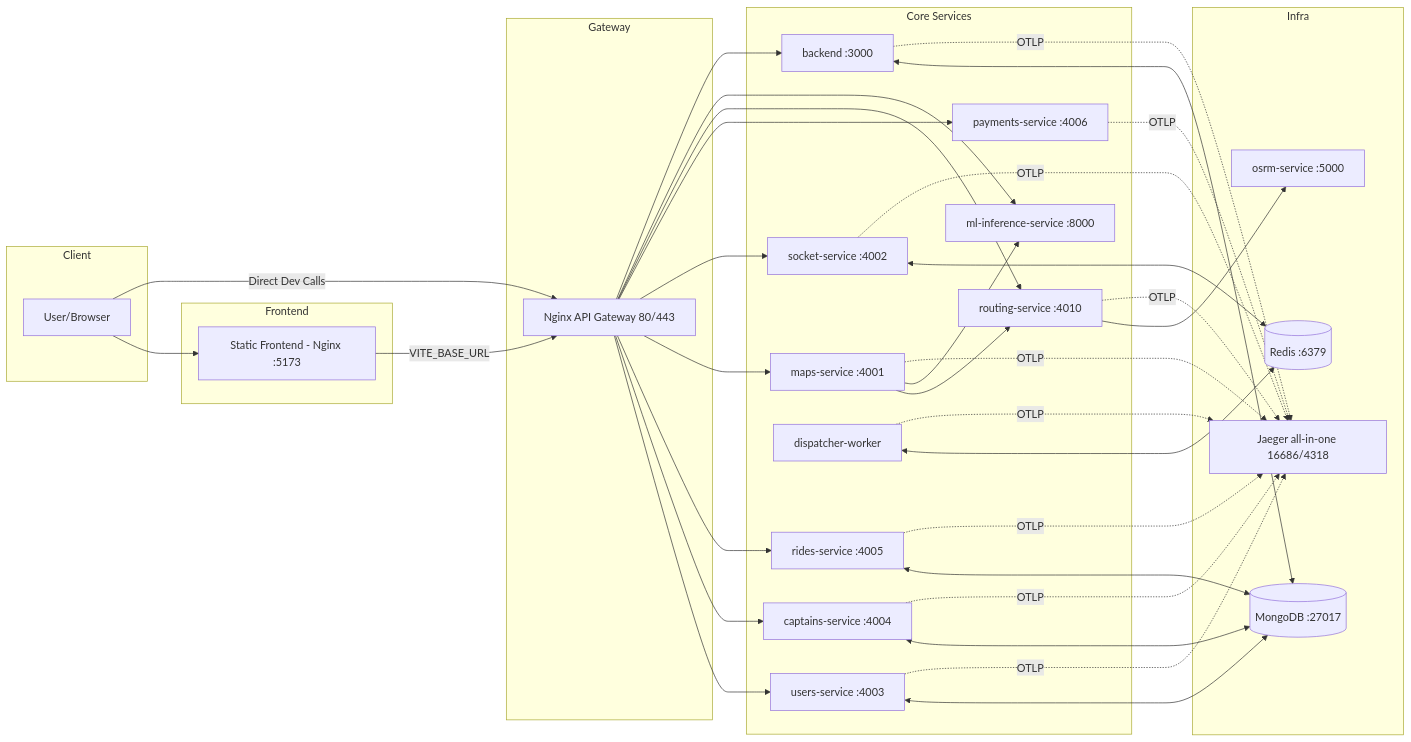
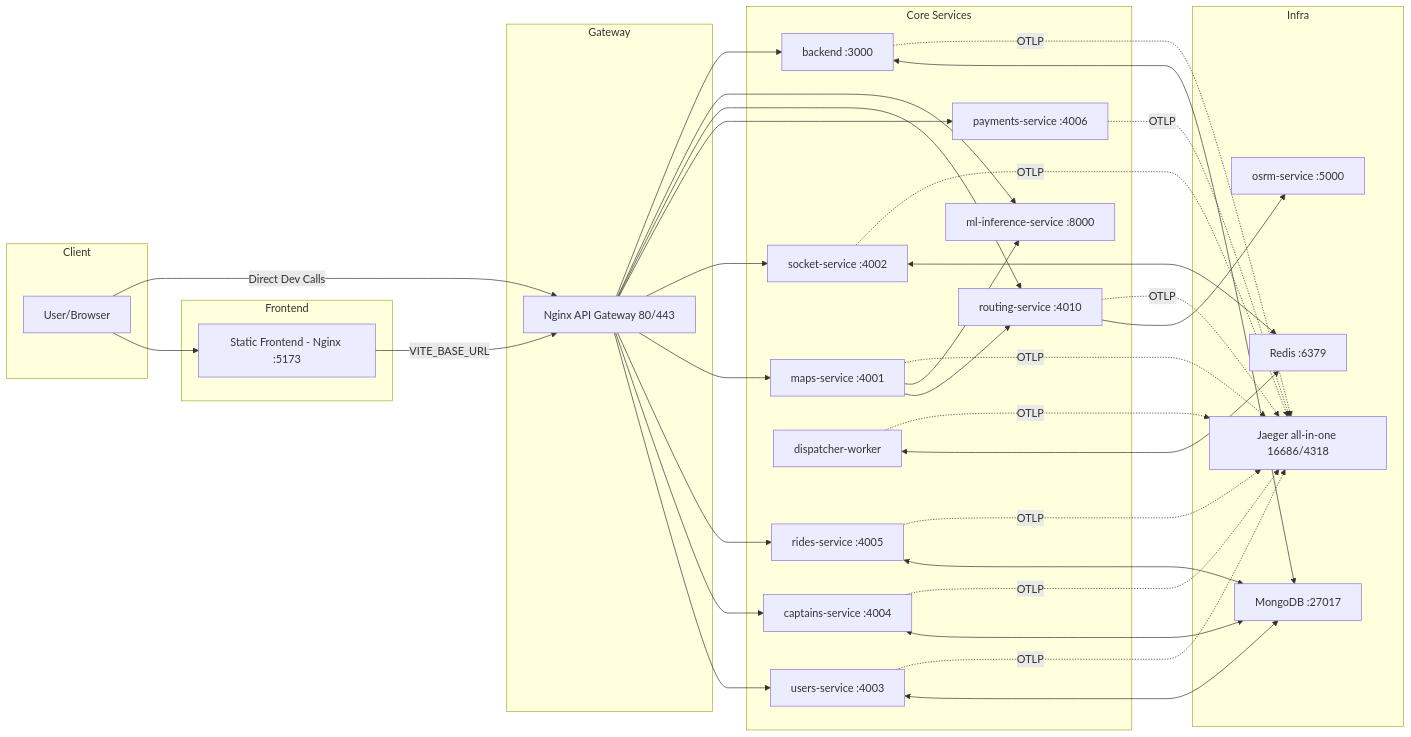
One commit to Luciferai04/cab_booking-app changed the third of 4 diagrams in README.md. Above: the diagram before and after it, drawn with Mermaid.

Commit message:
docs(readme): normalize System Architecture diagram shapes (datastores to rectangles)

````diff
--- a/README.md
+++ b/README.md
@@ -291,70 +291,70 @@
 ```mermaid
 flowchart LR
     subgraph Client
       U[User/Browser]
     end
 
     subgraph Frontend
       FE[Static Frontend - Nginx :5173]
     end
 
     subgraph Gateway
       GW[Nginx API Gateway 80/443]
     end
 
     subgraph Core Services
       US[users-service :4003]
       CS[captains-service :4004]
       RS[rides-service :4005]
       MS[maps-service :4001]
       SO[socket-service :4002]
       PAY[payments-service :4006]
       ROUT[routing-service :4010]
       ML[ml-inference-service :8000]
       BE[backend :3000]
       DISP[dispatcher-worker]
     end
 
     subgraph Infra
       JAEGER[Jaeger all-in-one 16686/4318]
-      REDIS[(Redis :6379)]
-      MONGO[(MongoDB :27017)]
+      REDIS[Redis :6379]
+      MONGO[MongoDB :27017]
       OSRM[osrm-service :5000]
     end
 
     U --> FE
     FE -->|VITE_BASE_URL| GW
     U -->|Direct Dev Calls| GW
 
     GW --> US
     GW --> CS
     GW --> RS
     GW --> MS
     GW --> SO
     GW --> PAY
     GW --> ROUT
     GW --> ML
     GW --> BE
 
     US <---> MONGO
     CS <---> MONGO
     RS <---> MONGO
     BE <---> MONGO
 
     SO <---> REDIS
     DISP <---> REDIS
 
     MS --> ROUT
     ROUT --> OSRM
     MS --> ML
 
     US -. OTLP .-> JAEGER
     CS -. OTLP .-> JAEGER
     RS -. OTLP .-> JAEGER
     MS -. OTLP .-> JAEGER
     SO -. OTLP .-> JAEGER
     PAY -. OTLP .-> JAEGER
     ROUT -. OTLP .-> JAEGER
     BE -. OTLP .-> JAEGER
     DISP -. OTLP .-> JAEGER
 ```
````
